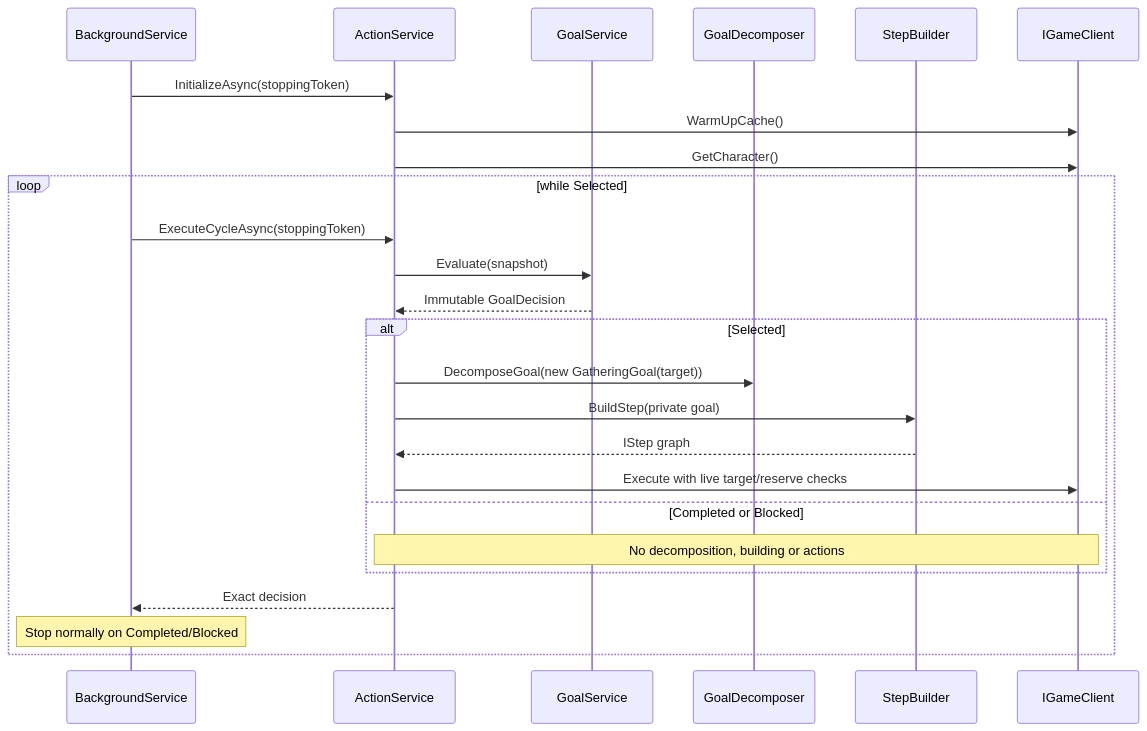
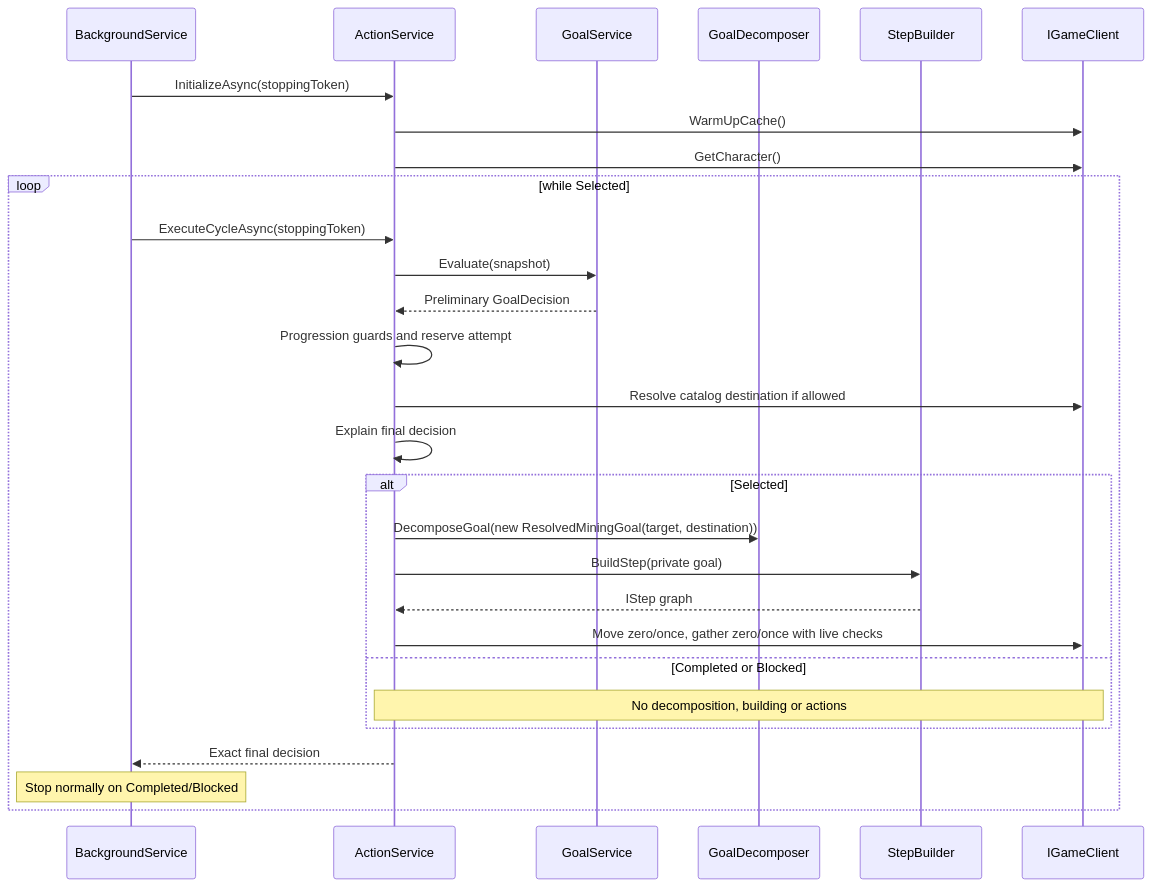
The second of 2 diagrams in docs/architecture.md (Gl-lab/Artiact), drawn with Mermaid before and after one commit. The commit also changed other lines of this file and 54 other files, not shown here.

Commit message:
Implement bounded mining progression and deterministic acceptance scenario

````diff
--- a/docs/architecture.md
+++ b/docs/architecture.md
@@ -64,28 +64,31 @@
 ```mermaid
 sequenceDiagram
     participant B as BackgroundService
     participant A as ActionService
     participant G as GoalService
     participant D as GoalDecomposer
     participant S as StepBuilder
     participant C as IGameClient
 
     B->>A: InitializeAsync(stoppingToken)
     A->>C: WarmUpCache()
     A->>C: GetCharacter()
     loop while Selected
         B->>A: ExecuteCycleAsync(stoppingToken)
         A->>G: Evaluate(snapshot)
-        G-->>A: Immutable GoalDecision
+        G-->>A: Preliminary GoalDecision
+        A->>A: Progression guards and reserve attempt
+        A->>C: Resolve catalog destination if allowed
+        A->>A: Explain final decision
         alt Selected
-            A->>D: DecomposeGoal(new GatheringGoal(target))
+            A->>D: DecomposeGoal(new ResolvedMiningGoal(target, destination))
             A->>S: BuildStep(private goal)
             S-->>A: IStep graph
-            A->>C: Execute with live target/reserve checks
+            A->>C: Move zero/once, gather zero/once with live checks
         else Completed or Blocked
             Note over A,C: No decomposition, building or actions
         end
-        A-->>B: Exact decision
+        A-->>B: Exact final decision
         Note over B: Stop normally on Completed/Blocked
     end
 ```
````
